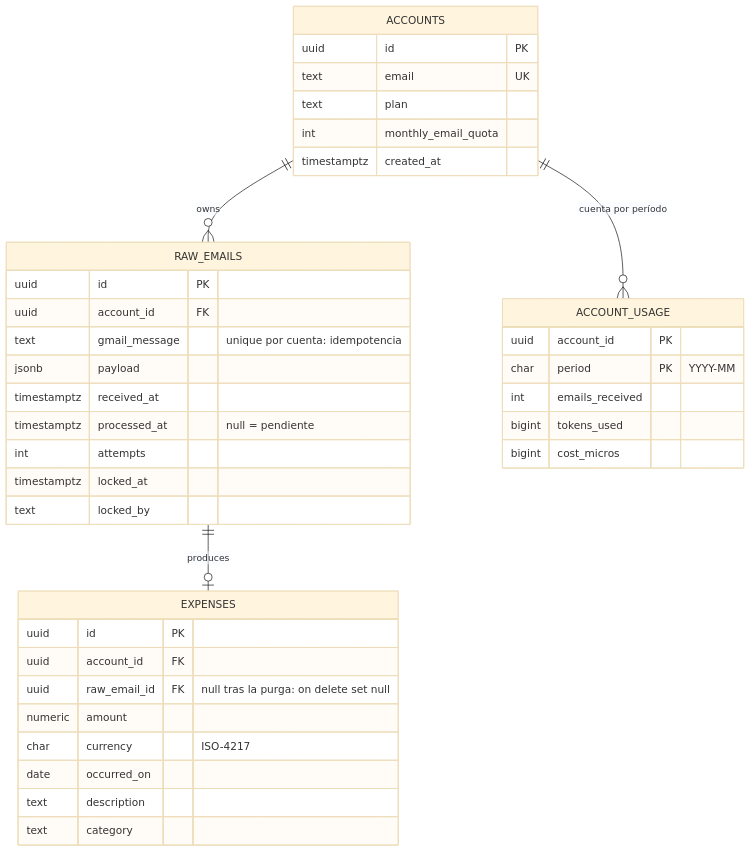
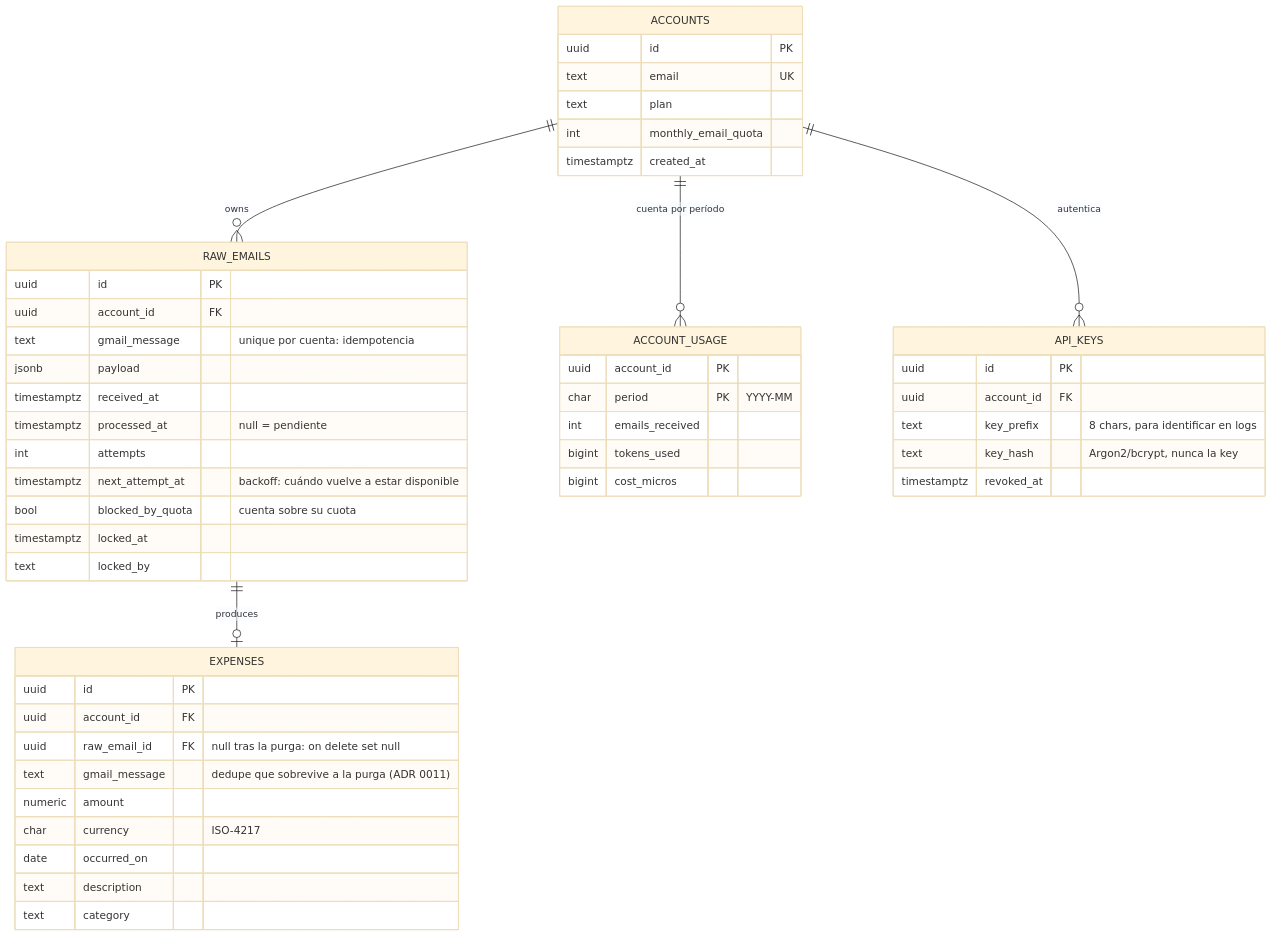
Before and after one commit to fperezlefiman/expense-tracker: the third of 3 diagrams in docs/architecture.md, drawn with Mermaid (base theme). The commit also changed other lines of this file and 7 other files, not shown here.

````diff
--- a/docs/architecture.md
+++ b/docs/architecture.md
@@ -66,42 +66,53 @@
 ```mermaid
 erDiagram
     ACCOUNTS ||--o{ RAW_EMAILS : owns
     ACCOUNTS ||--o{ ACCOUNT_USAGE : "cuenta por período"
+    ACCOUNTS ||--o{ API_KEYS : "autentica"
     RAW_EMAILS ||--o| EXPENSES : produces
 
     ACCOUNTS {
         uuid id PK
         text email UK
         text plan
         int monthly_email_quota
         timestamptz created_at
     }
     RAW_EMAILS {
         uuid id PK
         uuid account_id FK
         text gmail_message "unique por cuenta: idempotencia"
         jsonb payload
         timestamptz received_at
         timestamptz processed_at "null = pendiente"
         int attempts
+        timestamptz next_attempt_at "backoff: cuándo vuelve a estar disponible"
+        bool blocked_by_quota "cuenta sobre su cuota"
         timestamptz locked_at
         text locked_by
     }
     EXPENSES {
         uuid id PK
         uuid account_id FK
         uuid raw_email_id FK "null tras la purga: on delete set null"
+        text gmail_message "dedupe que sobrevive a la purga (ADR 0011)"
         numeric amount
         char currency "ISO-4217"
         date occurred_on
         text description
         text category
     }
     ACCOUNT_USAGE {
         uuid account_id PK
         char period PK "YYYY-MM"
         int emails_received
         bigint tokens_used
         bigint cost_micros
     }
+    API_KEYS {
+        uuid id PK
+        uuid account_id FK
+        text key_prefix "8 chars, para identificar en logs"
+        text key_hash "Argon2/bcrypt, nunca la key"
+        timestamptz revoked_at
+    }
 ```
````
